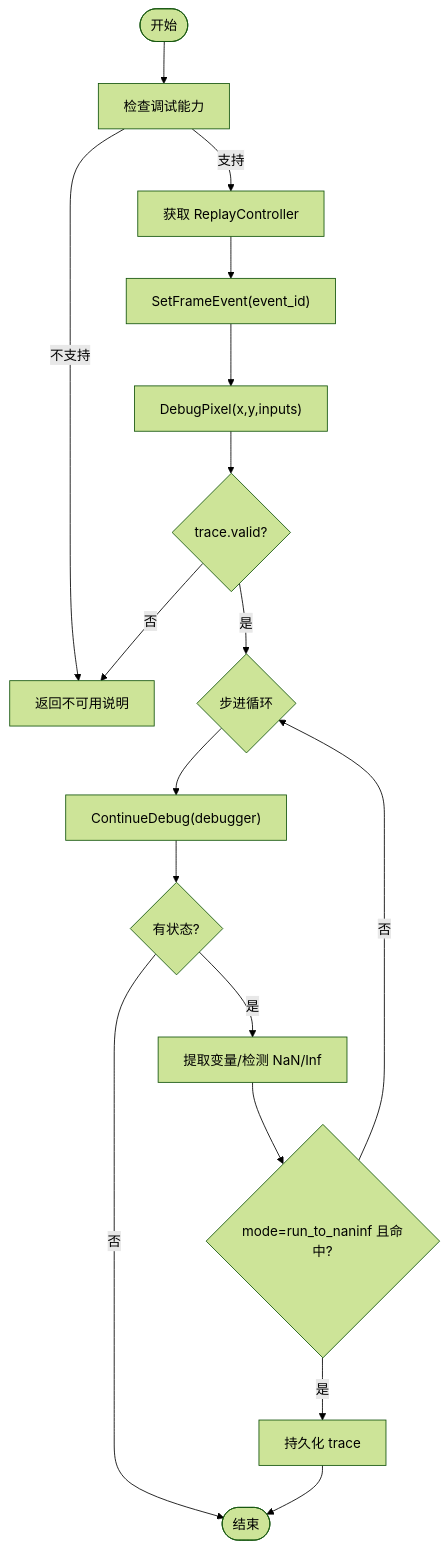
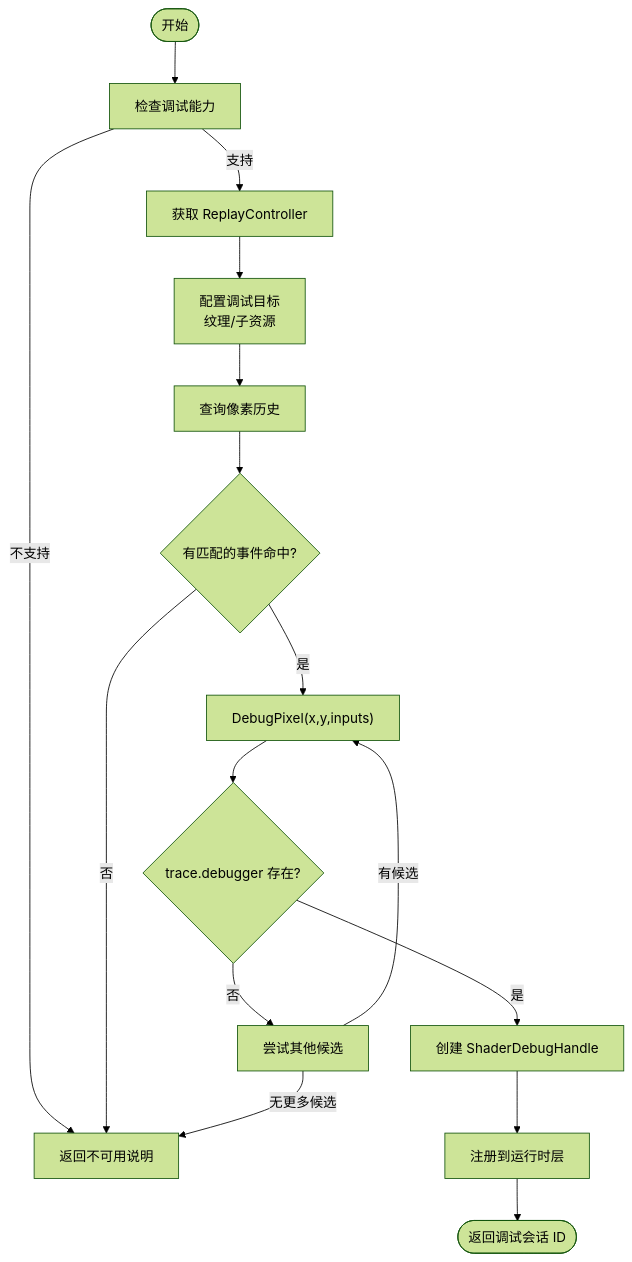
The third of 6 diagrams in .qoder/repowiki/zh/content/故障排除/调试工具使用.md (haolange/RDC-Tool), drawn with Mermaid (forest theme) before and after one commit. The commit also changed other lines of this file and 79 other files, not shown here.

````diff
--- a/.qoder/repowiki/zh/content/故障排除/调试工具使用.md
+++ b/.qoder/repowiki/zh/content/故障排除/调试工具使用.md
@@ -123,19 +144,18 @@
 ```mermaid
 flowchart TD
 Start(["开始"]) --> Check["检查调试能力"]
 Check --> |不支持| Fail["返回不可用说明"]
 Check --> |支持| GetCtrl["获取 ReplayController"]
-GetCtrl --> SetEvt["SetFrameEvent(event_id)"]
-SetEvt --> DebugPx["DebugPixel(x,y,inputs)"]
-DebugPx --> Valid{"trace.valid?"}
-Valid --> |否| Fail
-Valid --> |是| Loop{"步进循环"}
-Loop --> Continue["ContinueDebug(debugger)"]
-Continue --> States{"有状态?"}
-States --> |否| End(["结束"])
-States --> |是| Extract["提取变量/检测 NaN/Inf"]
-Extract --> Save{"mode=run_to_naninf 且命中?"}
-Save --> |是| Persist["持久化 trace"]
-Save --> |否| Loop
-Persist --> End
+GetCtrl --> ConfigTarget["配置调试目标<br/>纹理/子资源"]
+ConfigTarget --> PixelHistory["查询像素历史"]
+PixelHistory --> ValidHit{"有匹配的事件命中?"}
+ValidHit --> |否| Fail
+ValidHit --> |是| DebugPx["DebugPixel(x,y,inputs)"]
+DebugPx --> HasDebugger{"trace.debugger 存在?"}
+HasDebugger --> |否| Retry["尝试其他候选"]
+HasDebugger --> |是| CreateHandle["创建 ShaderDebugHandle"]
+CreateHandle --> Persist["注册到运行时层"]
+Persist --> End(["返回调试会话 ID"])
+Retry --> |无更多候选| Fail
+Retry --> |有候选| DebugPx
 ```
````
